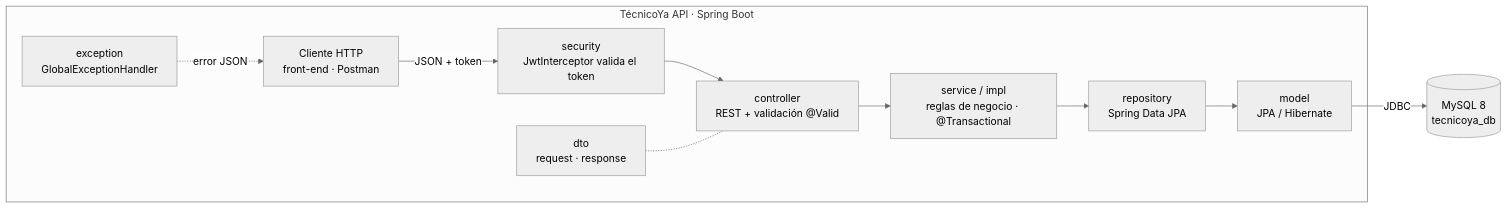
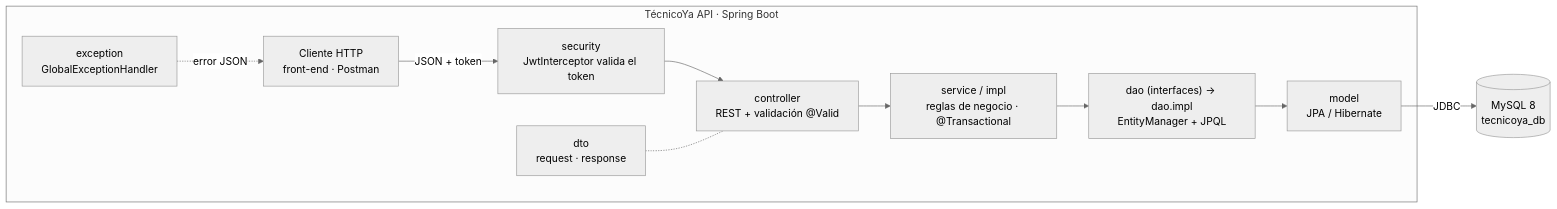
The first of 3 diagrams in docs/descripcion-sistema.md (nando0304/tecnicoya-api), drawn with Mermaid (neutral theme) before and after one commit. The commit also changed other lines of this file and 85 other files, not shown here.

````diff
--- a/docs/descripcion-sistema.md
+++ b/docs/descripcion-sistema.md
@@ -34,13 +34,13 @@
 ```mermaid
 flowchart LR
     C["Cliente HTTP<br/>front-end · Postman"] -->|"JSON + token"| JW
     subgraph API ["TécnicoYa API · Spring Boot"]
         JW["security<br/>JwtInterceptor valida el token"] --> CT
         CT["controller<br/>REST + validación @Valid"] --> SV["service / impl<br/>reglas de negocio · @Transactional"]
-        SV --> RP["repository<br/>Spring Data JPA"]
+        SV --> RP["dao (interfaces) → dao.impl<br/>EntityManager + JPQL"]
         RP --> EN["model<br/>JPA / Hibernate"]
         DTO["dto<br/>request · response"] -.- CT
         EX["exception<br/>GlobalExceptionHandler"] -.->|"error JSON"| C
     end
     EN -->|JDBC| DB[("MySQL 8<br/>tecnicoya_db")]
 ```
````
